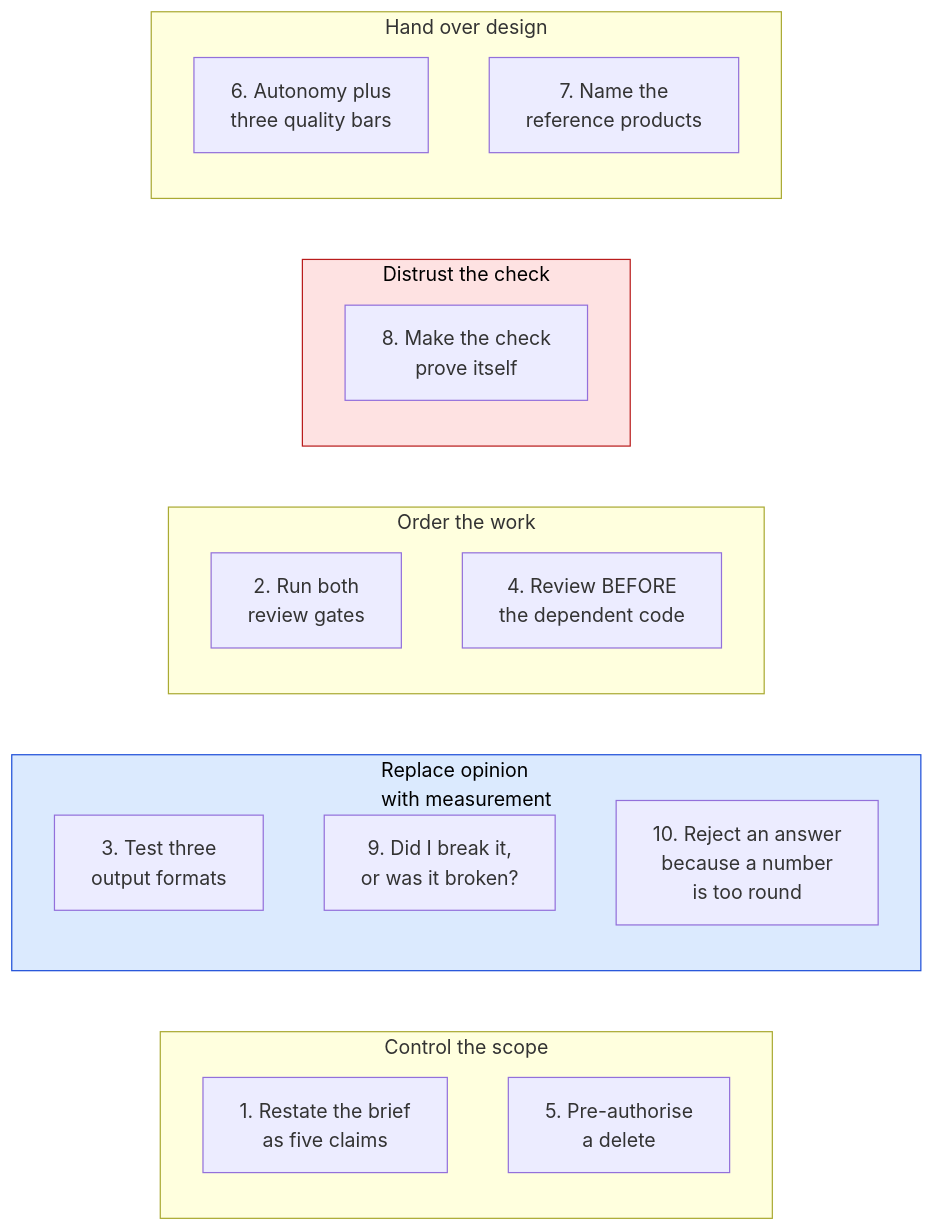
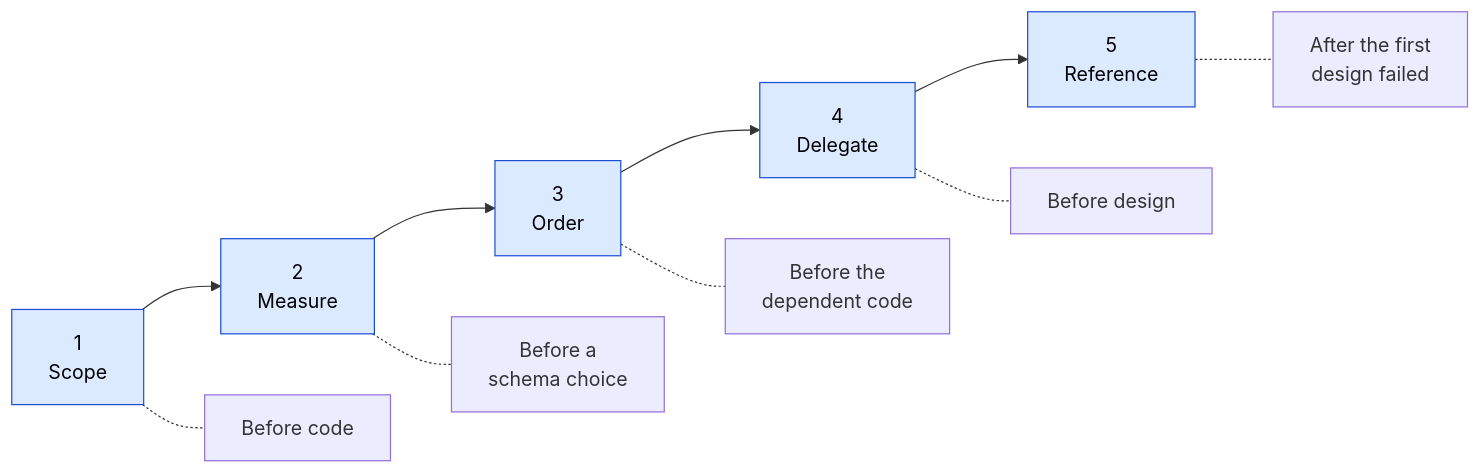
One commit to Rounak7721/ReForge changed the diagram in docs/03-prompt-log.md. Above: the diagram before and after it, drawn with Mermaid. The commit also changed other lines of this file and 4 other files, not shown here.

````diff
--- a/docs/03-prompt-log.md
+++ b/docs/03-prompt-log.md
@@ -21,26 +28,15 @@
 ```mermaid
 flowchart LR
-    subgraph SCOPE["Control the scope"]
-        E1["1. Restate the brief<br/>as five claims"]
-        E5["5. Pre-authorise<br/>a delete"]
-    end
-    subgraph MEASURE["Replace opinion<br/>with measurement"]
-        E3["3. Test three<br/>output formats"]
-        E9["9. Did I break it,<br/>or was it broken?"]
-        E10["10. Reject an answer<br/>because a number<br/>is too round"]
-    end
-    subgraph GATE["Order the work"]
-        E2["2. Run both<br/>review gates"]
-        E4["4. Review BEFORE<br/>the dependent code"]
-    end
-    subgraph TRUST["Distrust the check"]
-        E8["8. Make the check<br/>prove itself"]
-    end
-    subgraph TASTE["Hand over design"]
-        E6["6. Autonomy plus<br/>three quality bars"]
-        E7["7. Name the<br/>reference products"]
-    end
+    P1["1<br/>Scope"] --> P2["2<br/>Measure"] --> P3["3<br/>Order"] --> P4["4<br/>Delegate"] --> P5["5<br/>Reference"]
+    P1 -.- L1["Before code"]
+    P2 -.- L2["Before a<br/>schema choice"]
+    P3 -.- L3["Before the<br/>dependent code"]
+    P4 -.- L4["Before design"]
+    P5 -.- L5["After the first<br/>design failed"]
 
-    style MEASURE fill:#dbeafe,stroke:#1d4ed8,color:#000
-    style TRUST fill:#fee2e2,stroke:#b91c1c,color:#000
+    style P1 fill:#dbeafe,stroke:#1d4ed8,color:#000
+    style P2 fill:#dbeafe,stroke:#1d4ed8,color:#000
+    style P3 fill:#dbeafe,stroke:#1d4ed8,color:#000
+    style P4 fill:#dbeafe,stroke:#1d4ed8,color:#000
+    style P5 fill:#dbeafe,stroke:#1d4ed8,color:#000
 ```
````
